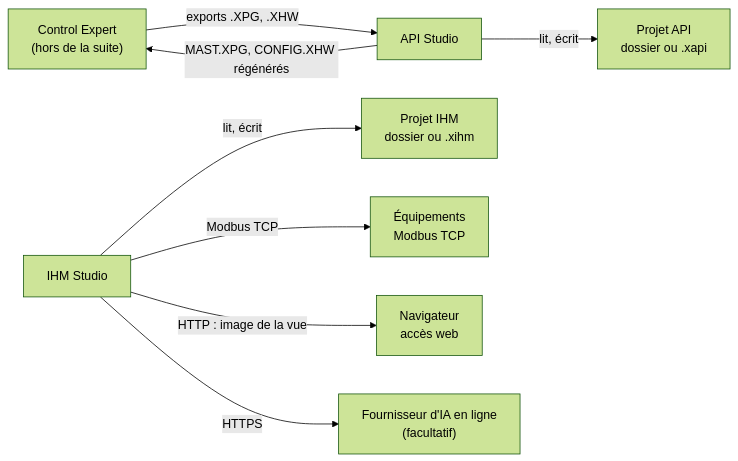
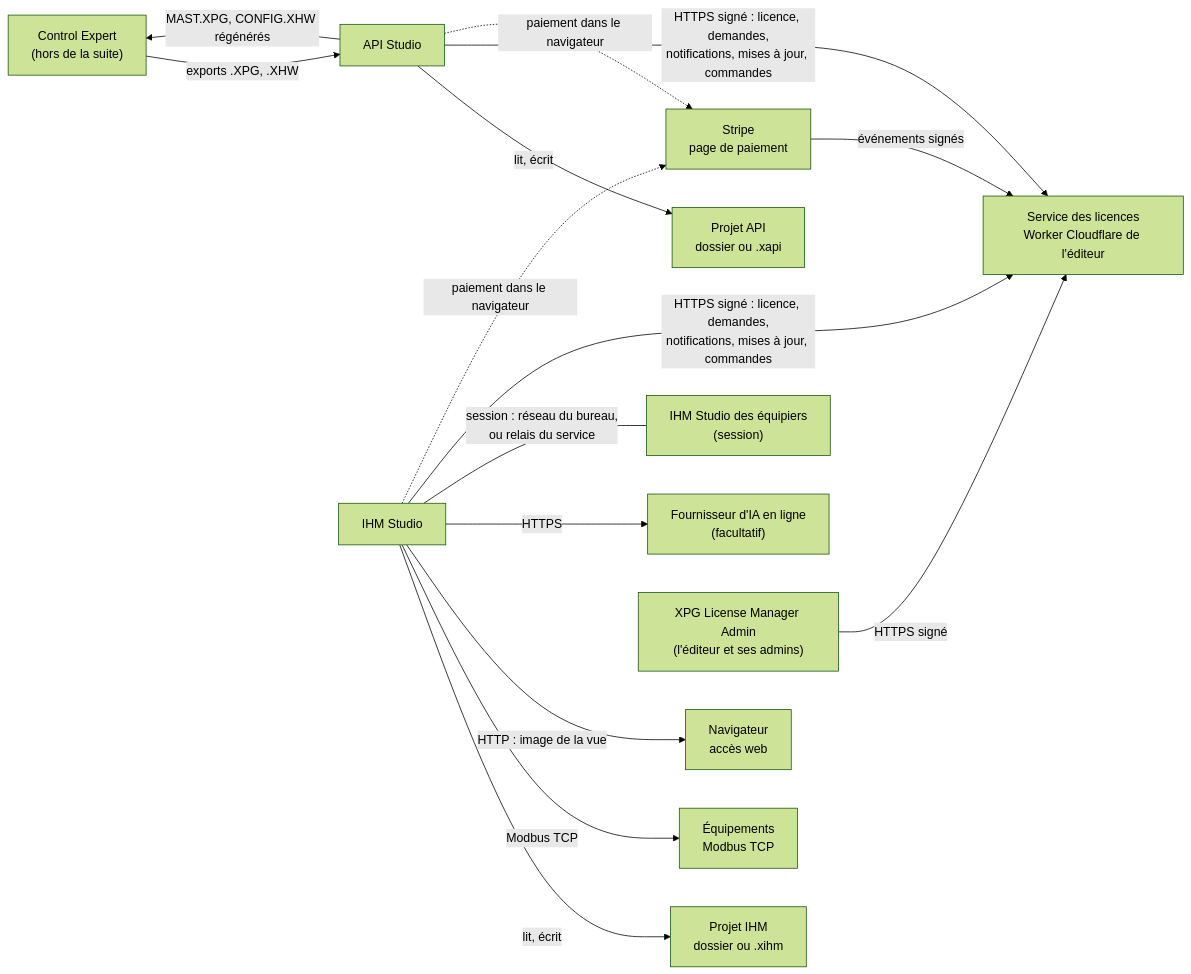
The second of 2 diagrams in README.md (quentinboucher192-beep/XPGAnalyser), drawn with Mermaid (forest theme) before and after one commit. The commit also changed other lines of this file and 14 other files, not shown here.

````diff
--- a/README.md
+++ b/README.md
@@ -230,18 +314,27 @@
 ```mermaid
 flowchart LR
     ce["Control Expert<br/>(hors de la suite)"]
     api["API Studio"]
     ihm["IHM Studio"]
     papi["Projet API<br/>dossier ou .xapi"]
     pihm["Projet IHM<br/>dossier ou .xihm"]
     eq["Équipements<br/>Modbus TCP"]
     nav["Navigateur<br/>accès web"]
     ia["Fournisseur d'IA en ligne<br/>(facultatif)"]
+    equipe["IHM Studio des équipiers<br/>(session)"]
+    svc["Service des licences<br/>Worker Cloudflare de l'éditeur"]
+    adm["XPG License Manager Admin<br/>(l'éditeur et ses admins)"]
+    stripe["Stripe<br/>page de paiement"]
     ce -->|"exports .XPG, .XHW"| api
     api -->|"MAST.XPG, CONFIG.XHW régénérés"| ce
     api -->|"lit, écrit"| papi
     ihm -->|"lit, écrit"| pihm
     ihm -->|"Modbus TCP"| eq
     ihm -->|"HTTP : image de la vue"| nav
     ihm -->|"HTTPS"| ia
+    ihm ---|"session : réseau du bureau,<br/>ou relais du service"| equipe
+    api & ihm -->|"HTTPS signé : licence, demandes,<br/>notifications, mises à jour, commandes"| svc
+    adm -->|"HTTPS signé"| svc
+    api & ihm -.->|"paiement dans le navigateur"| stripe
+    stripe -->|"événements signés"| svc
 ```
````
